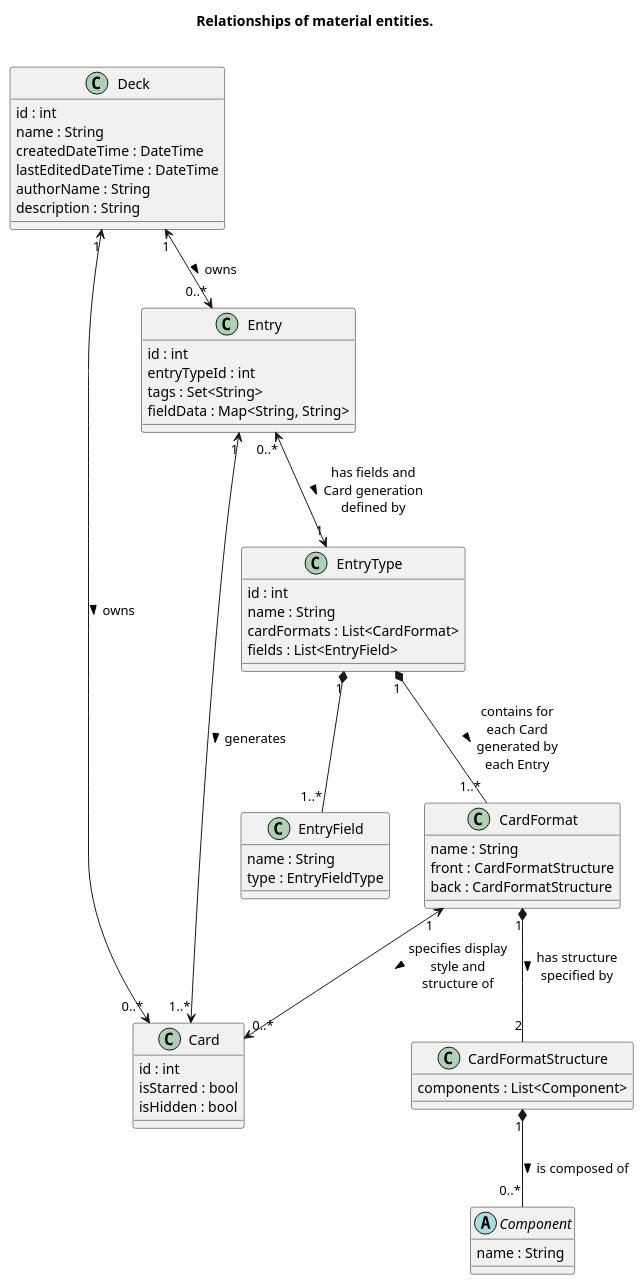
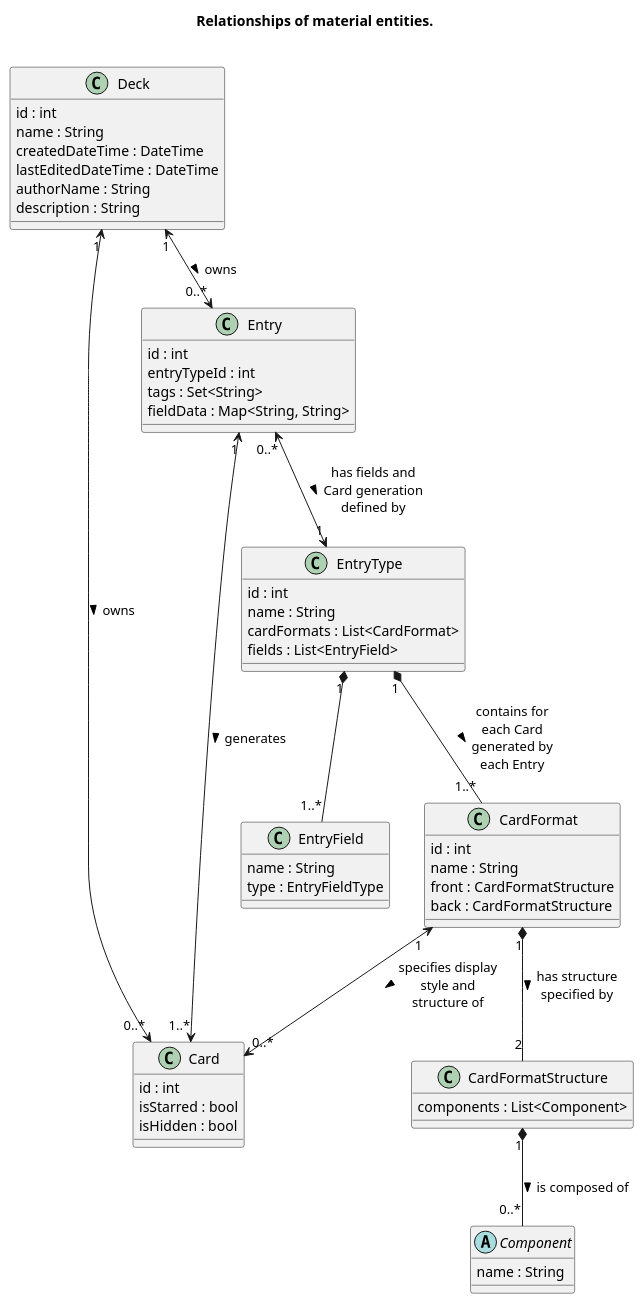
The diagram in puml/material_entities.puml (cervonwong/sona-flutter), drawn with PlantUML before and after one commit.

Commit message:
Docs(puml): Update CardFormat to include id field

```diff
--- a/puml/material_entities.puml
+++ b/puml/material_entities.puml
@@ -1,61 +1,62 @@
 @startuml
 
 skinparam maxMessageSize 100
 skinparam shadowing false
 
 title Relationships of material entities.\n
 
 class Card {
 	id : int
 	isStarred : bool
 	isHidden : bool
 }
 class Entry {
 	id : int
 	entryTypeId : int
 	tags : Set<String>
 	fieldData : Map<String, String>
 }
 class Deck {
 	id : int
 	name : String
 	createdDateTime : DateTime
 	lastEditedDateTime : DateTime
 	authorName : String
 	description : String
 }
 
 Deck "1" <--> "0..*" Entry : owns >
 Entry "1" <--> "1..*" Card : generates >
 Deck "1" <--> "0..*" Card : owns >
 
 class EntryType {
 	id : int
 	name : String
 	cardFormats : List<CardFormat>
 	fields : List<EntryField>
 }
 class EntryField {
 	name : String
 	type : EntryFieldType
 }
 class CardFormat {
+	id : int
 	name : String
 	front : CardFormatStructure
 	back : CardFormatStructure
 }
 class CardFormatStructure {
 	components : List<Component>
 }
 abstract class Component {
 	name : String
 }
 
 Entry "0..*" <--> "1" EntryType : has fields and Card generation defined by >
 EntryType "1" *-- "1..*" CardFormat : contains for each Card generated by each Entry >
 CardFormat "1" <--> "0..*" Card : specifies display style and structure of >
 EntryType "1" *-- "1..*" EntryField
 CardFormat "1" *-- "2" CardFormatStructure : has structure specified by >
 CardFormatStructure "1" *-- "0..*" Component : is composed of >
 
 @enduml
```
